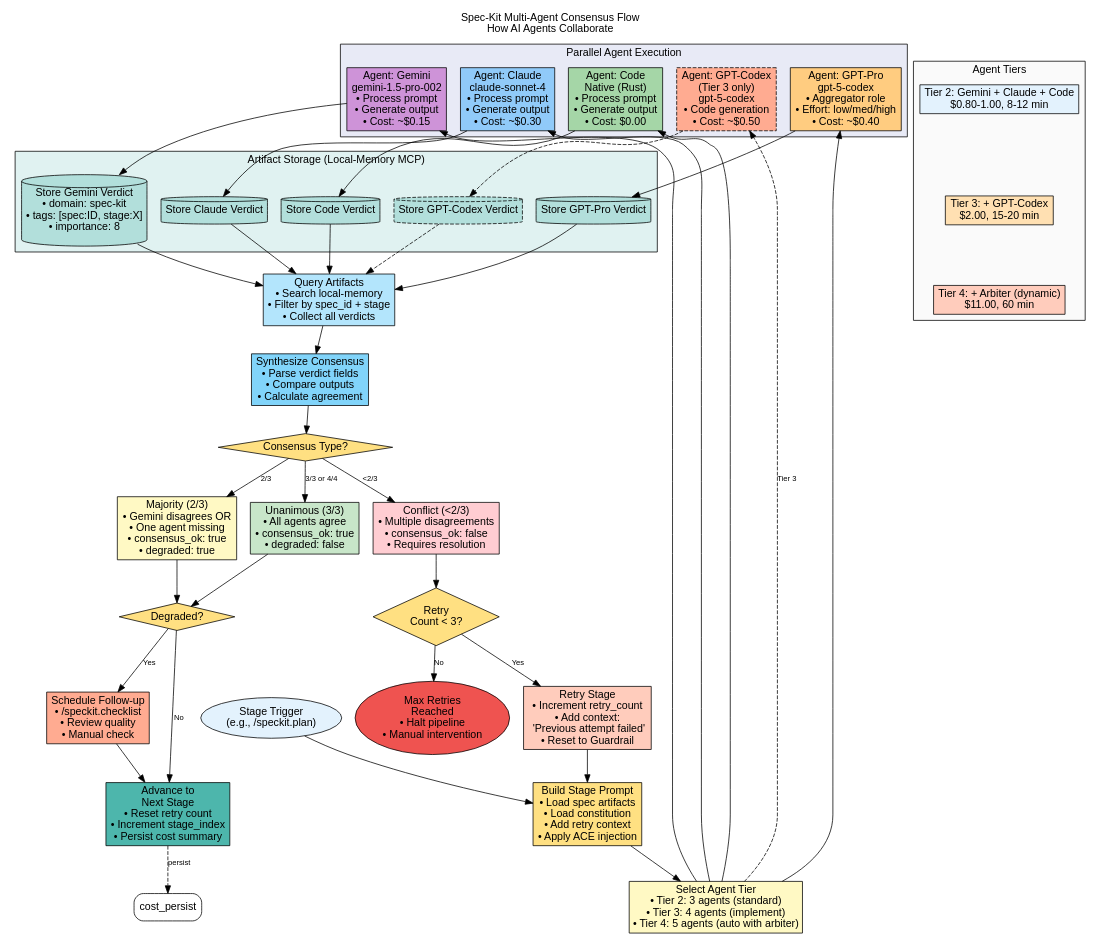
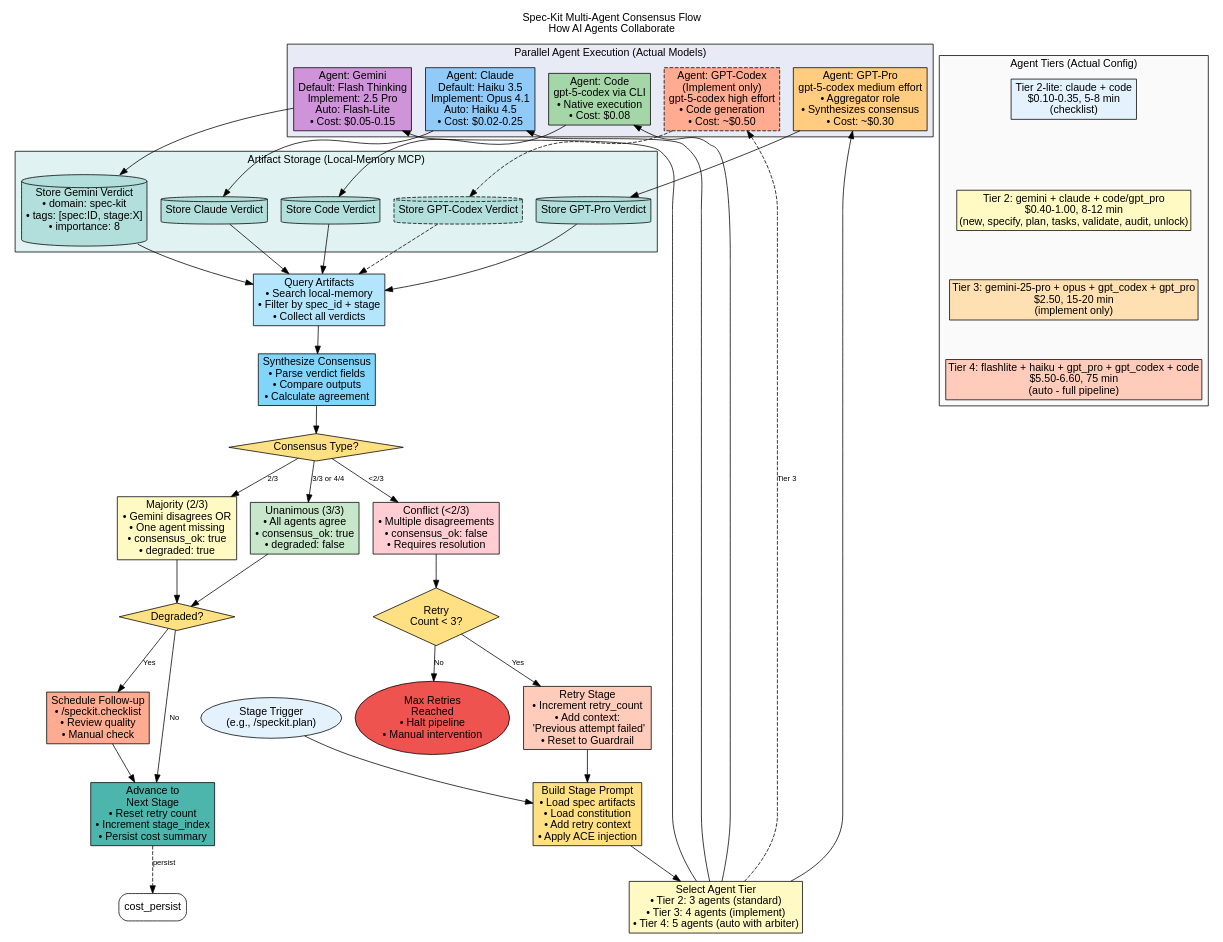
One commit to theturtlecsz/code changed the diagram in diagrams/spec-kit/3-multi-agent-consensus.dot. Above: the diagram before and after it, drawn with Graphviz. The commit also changed 14 other files, not shown here.

First line of the commit message:
docs(spec-kit): correct agent tier system with actual model configuration

```diff
--- a/diagrams/spec-kit/3-multi-agent-consensus.dot
+++ b/diagrams/spec-kit/3-multi-agent-consensus.dot
@@ -1,126 +1,128 @@
 digraph spec_kit_multi_agent_consensus {
     rankdir=TB;
     node [shape=box, style=rounded, fontname="Arial"];
     edge [fontname="Arial", fontsize=10];
 
     graph [fontname="Arial", fontsize=14, label="Spec-Kit Multi-Agent Consensus Flow\nHow AI Agents Collaborate", labelloc=t];
 
     // Entry
     trigger [label="Stage Trigger\n(e.g., /speckit.plan)", shape=oval, fillcolor="#E3F2FD", style="filled,rounded"];
 
     // Prompt building
     build_prompt [label="Build Stage Prompt\n• Load spec artifacts\n• Load constitution\n• Add retry context\n• Apply ACE injection", fillcolor="#FFE082", style=filled];
 
     // Agent tier selection
     tier_select [label="Select Agent Tier\n• Tier 2: 3 agents (standard)\n• Tier 3: 4 agents (implement)\n• Tier 4: 5 agents (auto with arbiter)", fillcolor="#FFF9C4", style=filled];
 
     // Parallel agent execution
     subgraph cluster_agents {
-        label="Parallel Agent Execution";
+        label="Parallel Agent Execution (Actual Models)";
         style=filled;
         fillcolor="#E8EAF6";
 
-        gemini [label="Agent: Gemini\ngemini-1.5-pro-002\n• Process prompt\n• Generate output\n• Cost: ~$0.15", fillcolor="#CE93D8", style=filled];
-        claude [label="Agent: Claude\nclaude-sonnet-4\n• Process prompt\n• Generate output\n• Cost: ~$0.30", fillcolor="#90CAF9", style=filled];
-        code [label="Agent: Code\nNative (Rust)\n• Process prompt\n• Generate output\n• Cost: $0.00", fillcolor="#A5D6A7", style=filled];
-        gpt_codex [label="Agent: GPT-Codex\n(Tier 3 only)\ngpt-5-codex\n• Code generation\n• Cost: ~$0.50", fillcolor="#FFAB91", style=filled, style="filled,dashed"];
-        gpt_pro [label="Agent: GPT-Pro\ngpt-5-codex\n• Aggregator role\n• Effort: low/med/high\n• Cost: ~$0.40", fillcolor="#FFCC80", style=filled];
+        gemini [label="Agent: Gemini\nDefault: Flash Thinking\nImplement: 2.5 Pro\nAuto: Flash-Lite\n• Cost: $0.05-0.15", fillcolor="#CE93D8", style=filled];
+        claude [label="Agent: Claude\nDefault: Haiku 3.5\nImplement: Opus 4.1\nAuto: Haiku 4.5\n• Cost: $0.02-0.25", fillcolor="#90CAF9", style=filled];
+        code [label="Agent: Code\ngpt-5-codex via CLI\n• Native execution\n• Cost: $0.08", fillcolor="#A5D6A7", style=filled];
+        gpt_codex [label="Agent: GPT-Codex\n(Implement only)\ngpt-5-codex high effort\n• Code generation\n• Cost: ~$0.50", fillcolor="#FFAB91", style=filled, style="filled,dashed"];
+        gpt_pro [label="Agent: GPT-Pro\ngpt-5-codex medium effort\n• Aggregator role\n• Synthesizes consensus\n• Cost: ~$0.30", fillcolor="#FFCC80", style=filled];
     }
 
     // Local memory storage
     subgraph cluster_storage {
         label="Artifact Storage (Local-Memory MCP)";
         style=filled;
         fillcolor="#E0F2F1";
 
         store_gemini [label="Store Gemini Verdict\n• domain: spec-kit\n• tags: [spec:ID, stage:X]\n• importance: 8", shape=cylinder, fillcolor="#B2DFDB", style=filled];
         store_claude [label="Store Claude Verdict", shape=cylinder, fillcolor="#B2DFDB", style=filled];
         store_code [label="Store Code Verdict", shape=cylinder, fillcolor="#B2DFDB", style=filled];
         store_gpt_codex [label="Store GPT-Codex Verdict", shape=cylinder, fillcolor="#B2DFDB", style="filled,dashed"];
         store_gpt_pro [label="Store GPT-Pro Verdict", shape=cylinder, fillcolor="#B2DFDB", style=filled];
     }
 
     // Consensus checking
     query_artifacts [label="Query Artifacts\n• Search local-memory\n• Filter by spec_id + stage\n• Collect all verdicts", fillcolor="#B3E5FC", style=filled];
 
     synthesize_consensus [label="Synthesize Consensus\n• Parse verdict fields\n• Compare outputs\n• Calculate agreement", fillcolor="#81D4FA", style=filled];
 
     // Consensus types
     consensus_type [label="Consensus Type?", shape=diamond, fillcolor="#FFE082", style=filled];
 
     unanimous [label="Unanimous (3/3)\n• All agents agree\n• consensus_ok: true\n• degraded: false", fillcolor="#C8E6C9", style=filled];
 
     majority [label="Majority (2/3)\n• Gemini disagrees OR\n• One agent missing\n• consensus_ok: true\n• degraded: true", fillcolor="#FFF9C4", style=filled];
 
     conflict [label="Conflict (<2/3)\n• Multiple disagreements\n• consensus_ok: false\n• Requires resolution", fillcolor="#FFCDD2", style=filled];
 
     // Degradation handling
     degrade_check [label="Degraded?", shape=diamond, fillcolor="#FFE082", style=filled];
     schedule_followup [label="Schedule Follow-up\n• /speckit.checklist\n• Review quality\n• Manual check", fillcolor="#FFAB91", style=filled];
 
     // Retry logic
     retry_check [label="Retry\nCount < 3?", shape=diamond, fillcolor="#FFE082", style=filled];
     retry_stage [label="Retry Stage\n• Increment retry_count\n• Add context:\n  'Previous attempt failed'\n• Reset to Guardrail", fillcolor="#FFCCBC", style=filled];
     max_retry [label="Max Retries\nReached\n• Halt pipeline\n• Manual intervention", shape=oval, fillcolor="#EF5350", style="filled,rounded"];
 
     // Success path
     advance_stage [label="Advance to\nNext Stage\n• Reset retry count\n• Increment stage_index\n• Persist cost summary", fillcolor="#4DB6AC", style=filled];
 
     // Main flow
     trigger -> build_prompt;
     build_prompt -> tier_select;
     tier_select -> gemini;
     tier_select -> claude;
     tier_select -> code;
     tier_select -> gpt_codex [style=dashed, label="Tier 3"];
     tier_select -> gpt_pro;
 
     gemini -> store_gemini;
     claude -> store_claude;
     code -> store_code;
     gpt_codex -> store_gpt_codex [style=dashed];
     gpt_pro -> store_gpt_pro;
 
     store_gemini -> query_artifacts;
     store_claude -> query_artifacts;
     store_code -> query_artifacts;
     store_gpt_codex -> query_artifacts [style=dashed];
     store_gpt_pro -> query_artifacts;
 
     query_artifacts -> synthesize_consensus;
     synthesize_consensus -> consensus_type;
 
     consensus_type -> unanimous [label="3/3 or 4/4"];
     consensus_type -> majority [label="2/3"];
     consensus_type -> conflict [label="<2/3"];
 
     unanimous -> degrade_check;
     majority -> degrade_check;
 
     degrade_check -> advance_stage [label="No"];
     degrade_check -> schedule_followup [label="Yes"];
     schedule_followup -> advance_stage;
 
     conflict -> retry_check;
     retry_check -> retry_stage [label="Yes"];
     retry_check -> max_retry [label="No"];
     retry_stage -> build_prompt;
 
     // Cost tracking
     advance_stage -> cost_persist [style=dashed, label="persist"];
 
     // Legend
     subgraph cluster_legend {
-        label="Agent Tiers";
+        label="Agent Tiers (Actual Config)";
         style=filled;
         fillcolor="#FAFAFA";
         rank=sink;
 
-        leg_tier2 [label="Tier 2: Gemini + Claude + Code\n$0.80-1.00, 8-12 min", fillcolor="#E3F2FD", style=filled];
-        leg_tier3 [label="Tier 3: + GPT-Codex\n$2.00, 15-20 min", fillcolor="#FFE0B2", style=filled];
-        leg_tier4 [label="Tier 4: + Arbiter (dynamic)\n$11.00, 60 min", fillcolor="#FFCCBC", style=filled];
+        leg_tier2 [label="Tier 2-lite: claude + code\n$0.10-0.35, 5-8 min\n(checklist)", fillcolor="#E3F2FD", style=filled];
+        leg_tier2std [label="Tier 2: gemini + claude + code/gpt_pro\n$0.40-1.00, 8-12 min\n(new, specify, plan, tasks, validate, audit, unlock)", fillcolor="#FFF9C4", style=filled];
+        leg_tier3 [label="Tier 3: gemini-25-pro + opus + gpt_codex + gpt_pro\n$2.50, 15-20 min\n(implement only)", fillcolor="#FFE0B2", style=filled];
+        leg_tier4 [label="Tier 4: flashlite + haiku + gpt_pro + gpt_codex + code\n$5.50-6.60, 75 min\n(auto - full pipeline)", fillcolor="#FFCCBC", style=filled];
 
-        leg_tier2 -> leg_tier3 [style=invis];
+        leg_tier2 -> leg_tier2std [style=invis];
+        leg_tier2std -> leg_tier3 [style=invis];
         leg_tier3 -> leg_tier4 [style=invis];
     }
 }
```
